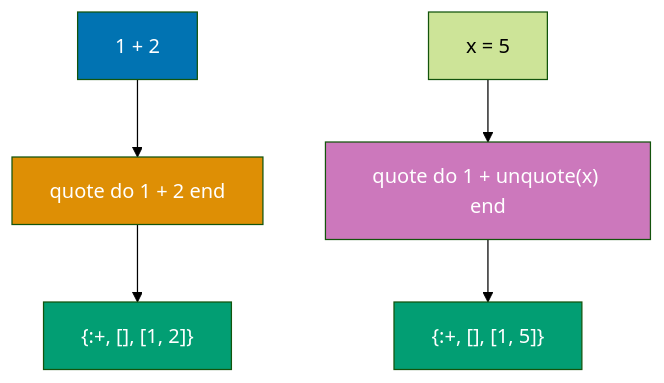
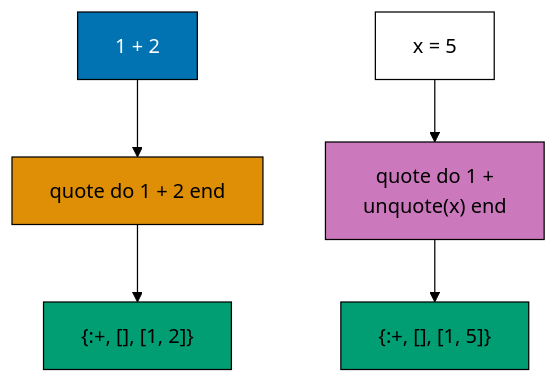
Before and after one commit to wahidyankf/ose-public: diagram 14 of 24 in apps/ayokoding-www/content/en/learn/legacy/software-engineering/programming-languages/elixir/by-example/advanced.md, drawn with Mermaid (forest theme). The commit also changed other lines of this file and 112 other files, not shown here.

First line of the commit message:
fix(mermaid): bring the legacy programming-languages diagrams onto the accessible palette

````diff
--- a/apps/ayokoding-www/content/en/learn/legacy/software-engineering/programming-languages/elixir/by-example/advanced.md
+++ b/apps/ayokoding-www/content/en/learn/legacy/software-engineering/programming-languages/elixir/by-example/advanced.md
@@ -2252,15 +2340,22 @@
 ```mermaid
 %% Color Palette: Blue #0173B2, Orange #DE8F05, Teal #029E73, Purple #CC78BC, Brown #CA9161
 graph TD
+    accTitle: Example 72: Quote and Unquote
+    accDescr: Graph with 6 nodes and 4 connections. Nodes: 1 + 2, quote do 1 + 2 end, :+, [], [1, 2], x = 5, quote do 1 + unquote(x) end, :+, [], [1, 5]. Connections: 1 + 2 to quote do 1 + 2 end, quote do 1 + 2 end to :+, [], [1, 2], x = 5 to quote do 1 + unquote(x) end, quote do 1 + unquote(x) end to :+, [], [1, 5].
     Code["1 + 2"] --> Quote["quote do 1 + 2 end"]
     Quote --> AST["{:+, [], [1, 2]}"]
 
-    Value["x = 5"] --> Unquote["quote do 1 + unquote(x) end"]
+    Value["x = 5"] --> Unquote["quote do 1 +<br/>unquote(x) end"]
     Unquote --> AST2["{:+, [], [1, 5]}"]
 
-    style Code fill:#0173B2,color:#fff
-    style Quote fill:#DE8F05,color:#fff
-    style AST fill:#029E73,color:#fff
-    style Unquote fill:#CC78BC,color:#fff
-    style AST2 fill:#029E73,color:#fff
+    classDef pal-0173B2 fill:#0173B2,stroke:#000000,color:#FFFFFF
+    class Code pal-0173B2
+    classDef pal-DE8F05 fill:#DE8F05,stroke:#000000,color:#000000
+    class Quote pal-DE8F05
+    classDef pal-029E73 fill:#029E73,stroke:#000000,color:#000000
+    class AST pal-029E73
+    classDef pal-CC78BC fill:#CC78BC,stroke:#000000,color:#000000
+    class Unquote pal-CC78BC
+    class AST2 pal-029E73
+    classDef default fill:#FFFFFF,stroke:#000000,color:#000000
 ```
````
